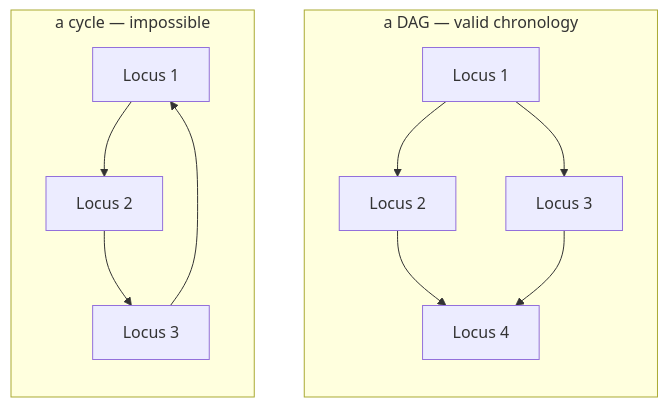
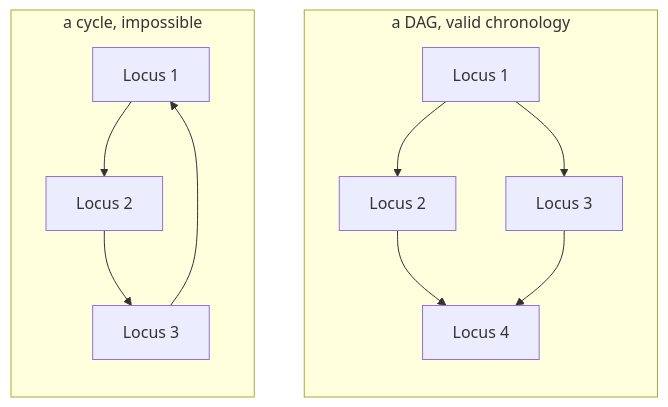
One commit to jennarbates/StratigraphyGenerator changed the diagram in docs/cs/directed-acyclic-graphs.md. Above: the diagram before and after it, drawn with Mermaid. The commit also changed other lines of this file and 309 other files, not shown here.

````diff
--- a/docs/cs/directed-acyclic-graphs.md
+++ b/docs/cs/directed-acyclic-graphs.md
@@ -42,16 +42,16 @@
 ```mermaid
 flowchart TB
-  subgraph dag["a DAG — valid chronology"]
+  subgraph dag["a DAG, valid chronology"]
     direction TB
     A1["Locus 1"] --> B1["Locus 2"]
     A1 --> C1["Locus 3"]
     B1 --> D1["Locus 4"]
     C1 --> D1
   end
-  subgraph cyc["a cycle — impossible"]
+  subgraph cyc["a cycle, impossible"]
     direction TB
     A2["Locus 1"] --> B2["Locus 2"]
     B2 --> C2["Locus 3"]
     C2 --> A2
   end
 ```
````
